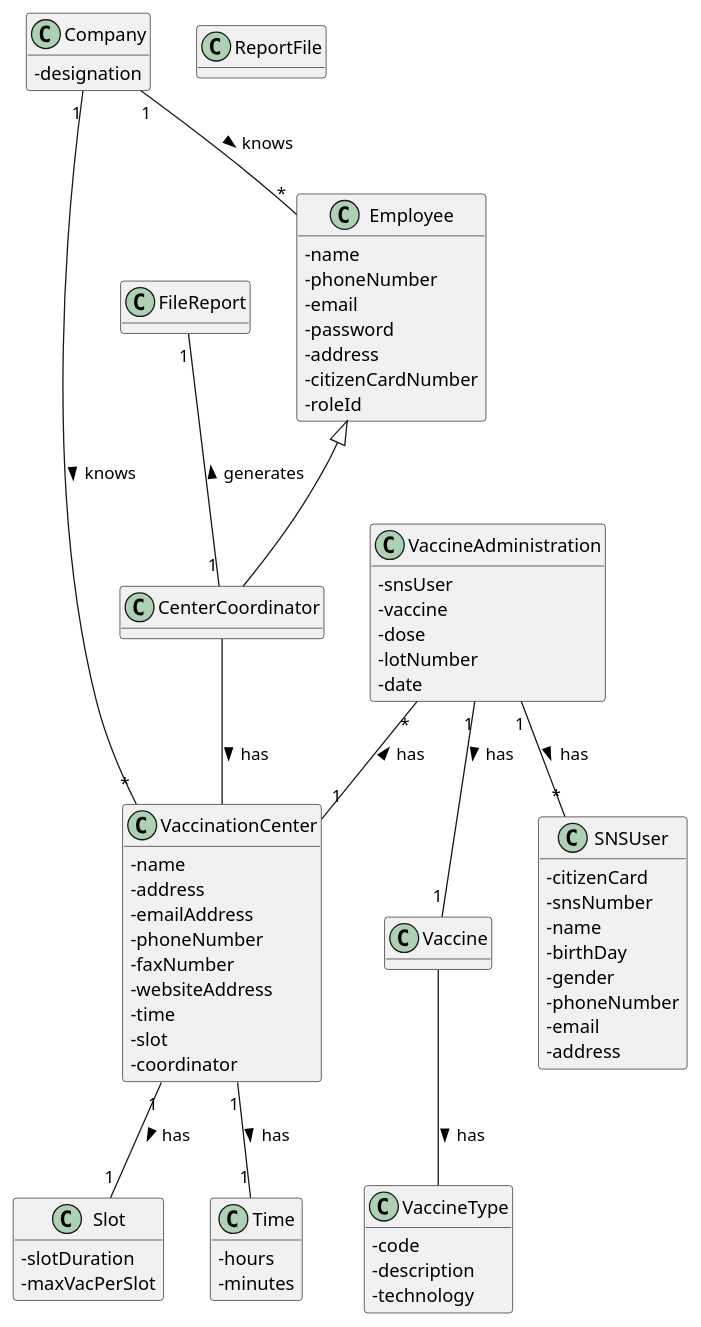
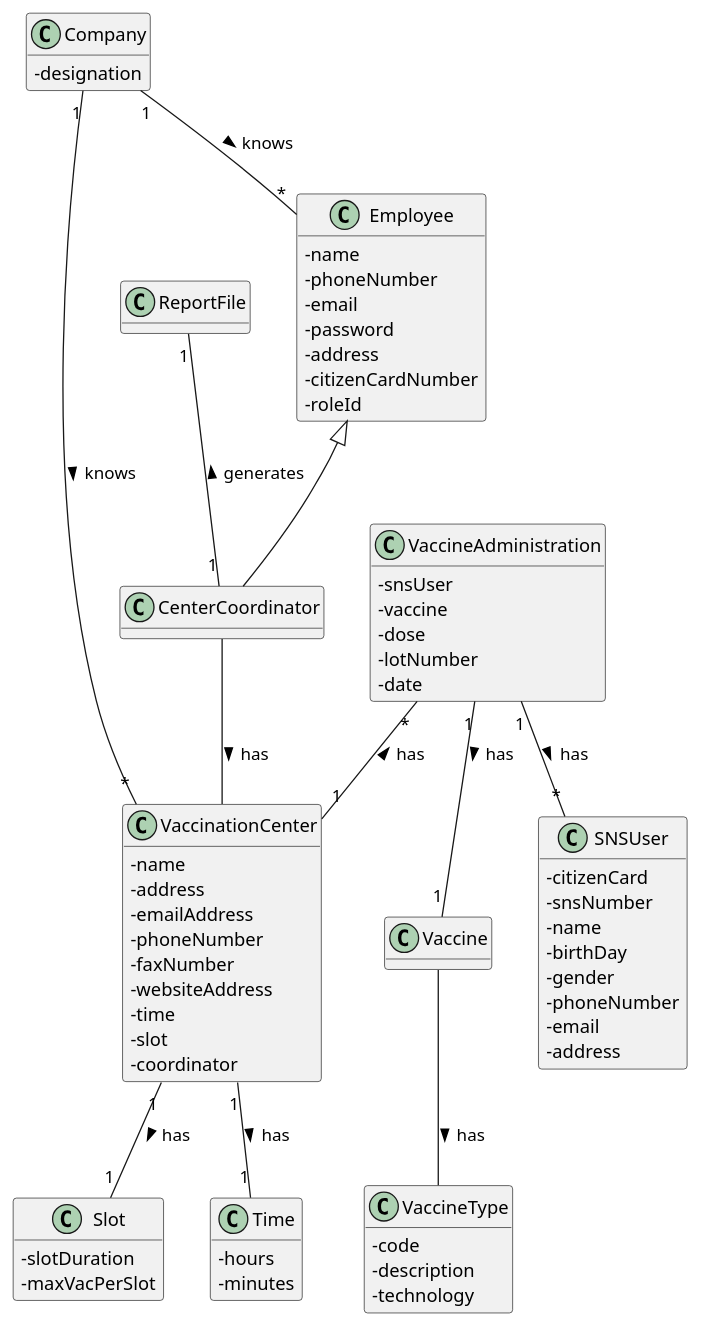
Before and after one commit to miseEnPlace-i/lapr2: the diagram in docs/SprintD/US15/DM/US15_DM.puml, drawn with PlantUML. The commit also changed 1 other file, not shown here.

```diff
--- a/docs/SprintD/US15/DM/US15_DM.puml
+++ b/docs/SprintD/US15/DM/US15_DM.puml
@@ -1,84 +1,84 @@
 @startuml US15_DM
 hide methods
 skinparam classAttributeIconSize 0
 
 class Company {
   -designation
 }
 
 class CenterCoordinator {}
 
 class Employee {
   -name
   -phoneNumber
   -email
   -password
   -address
   -citizenCardNumber
   -roleId
 }
 
 class VaccinationCenter{
   -name
   -address
   -emailAddress
   -phoneNumber
   -faxNumber
   -websiteAddress
   -time
   -slot
   -coordinator
 }
 
 class Time {
   -hours
   -minutes
 }
 
 class Slot {
   -slotDuration
   -maxVacPerSlot
 }
 
 class VaccineAdministration {
   -snsUser
   -vaccine
   -dose
   -lotNumber
   -date
 }
 
 class SNSUser {
   - citizenCard
   - snsNumber
   - name
   - birthDay
   - gender
   - phoneNumber
   - email
   - address
 }
 
 class ReportFile {}
 
 class Vaccine {}
 
 class VaccineType {
   -code 
   -description
   -technology
 }
 
 Company "1" -- "*" Employee : knows >
 Employee <|-- CenterCoordinator
 CenterCoordinator -- VaccinationCenter : has >
 VaccinationCenter "1" -- "1" Time : has >
 VaccinationCenter "1"-- "1" Slot : has >
-FileReport "1" -- "1" CenterCoordinator : generates <
+ReportFile "1" -- "1" CenterCoordinator : generates <
 VaccineAdministration "*" -- "1" VaccinationCenter : has <
 VaccineAdministration "1" -- "*" SNSUser : has >
 VaccineAdministration "1" -- "1" Vaccine : has > 
 Vaccine -- VaccineType : has >
 Company "1" -- "*" VaccinationCenter : knows >
 
 @enduml
```
